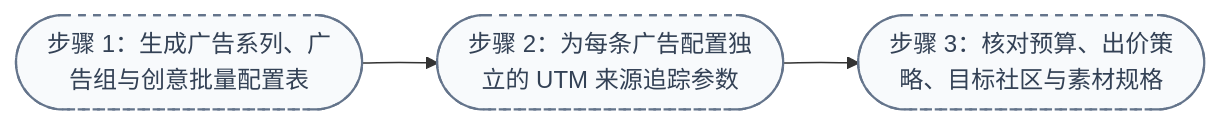
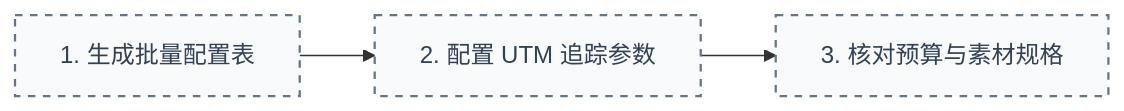
The fourth of 6 diagrams in README.md (ezra-y/reddit-ad-workflow-skills), drawn with Mermaid before and after one commit. The commit also changed other lines of this file, not shown here.

Commit message:
docs: use vertical top-level flowchart, remove overlapping subgraphs, and shorten node labels

````diff
--- a/README.md
+++ b/README.md
@@ -173,7 +143,7 @@
 ```mermaid
 flowchart LR
-    P3_1(["步骤 1：生成广告系列、广告组与创意批量配置表"]) --> P3_2(["步骤 2：为每条广告配置独立的 UTM 来源追踪参数"]) --> P3_3(["步骤 3：核对预算、出价策略、目标社区与素材规格"])
+    P3_1["1. 生成批量配置表"] --> P3_2["2. 配置 UTM 追踪参数"] --> P3_3["3. 核对预算与素材规格"]
 
     classDef planStep fill:#F8FAFC,stroke:#64748B,stroke-width:1.5px,stroke-dasharray: 5 5,color:#334155
     class P3_1,P3_2,P3_3 planStep
 ```
````
